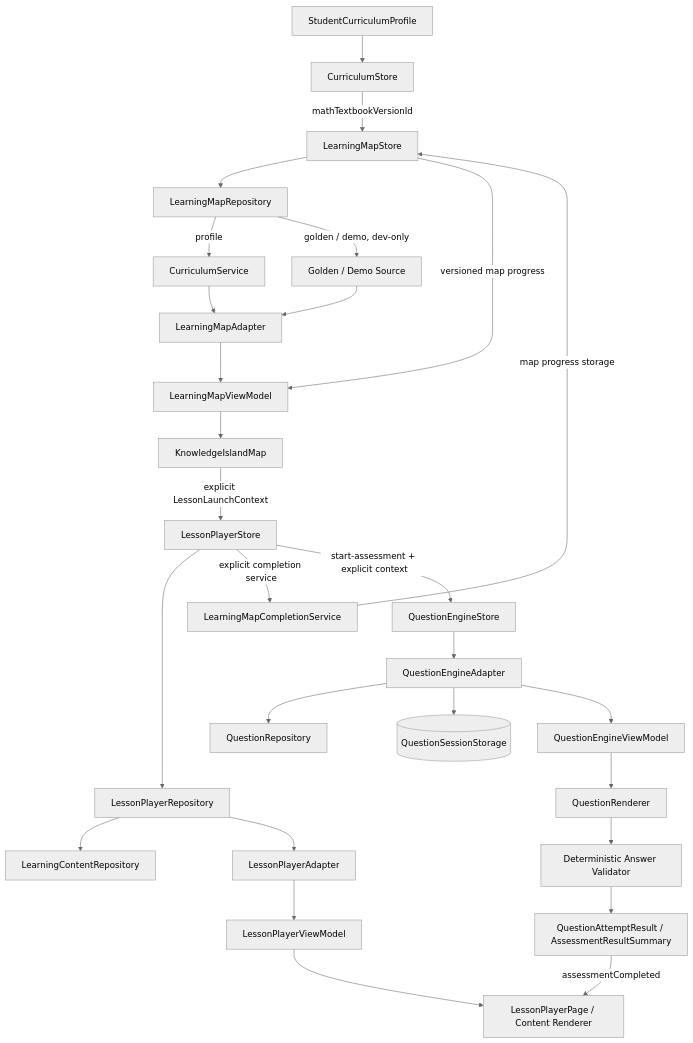
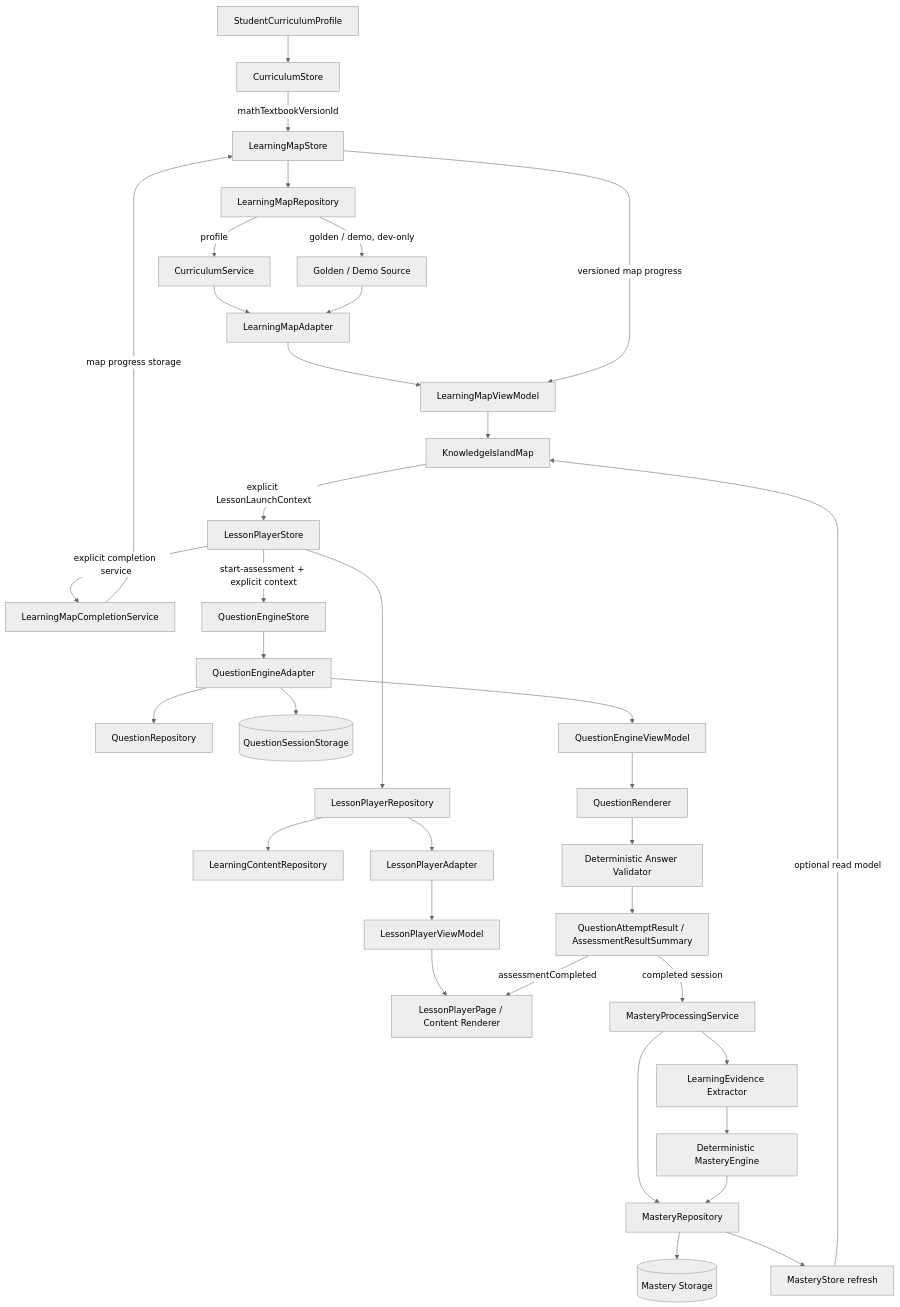
One commit to gaoxinyue623/knowledge-island-learning changed the diagram in ARCHITECTURE.md. Above: the diagram before and after it, drawn with Mermaid (neutral theme). The commit also changed other lines of this file and 57 other files, not shown here.

Commit message:
feat: implement phase 10 mastery model

````diff
--- a/ARCHITECTURE.md
+++ b/ARCHITECTURE.md
@@ -68,30 +73,38 @@
 ```mermaid
 flowchart TD
     P[StudentCurriculumProfile] --> CS[CurriculumStore]
     CS -->|mathTextbookVersionId| LMS[LearningMapStore]
     LMS --> LMR[LearningMapRepository]
     LMR -->|profile| S[CurriculumService]
     LMR -->|golden / demo, dev-only| D[Golden / Demo Source]
     S --> A[LearningMapAdapter]
     D --> A
     A --> VM[LearningMapViewModel]
     VM --> UI[KnowledgeIslandMap]
     LMS -->|versioned map progress| VM
     UI -->|explicit LessonLaunchContext| LPS[LessonPlayerStore]
     LPS --> LPR[LessonPlayerRepository]
     LPR --> LC[LearningContentRepository]
     LPR --> LPA[LessonPlayerAdapter]
     LPA --> LVM[LessonPlayerViewModel]
     LVM --> LUI[LessonPlayerPage / Content Renderer]
     LPS -->|explicit completion service| LCS[LearningMapCompletionService]
     LCS -->|map progress storage| LMS
     LPS -->|start-assessment + explicit context| QES[QuestionEngineStore]
     QES --> QEA[QuestionEngineAdapter]
     QEA --> QR[QuestionRepository]
     QEA --> QSS[(QuestionSessionStorage)]
     QEA --> QVM[QuestionEngineViewModel]
     QVM --> QUI[QuestionRenderer]
     QUI --> QV[Deterministic Answer Validator]
     QV --> QAR[QuestionAttemptResult / AssessmentResultSummary]
     QAR -->|assessmentCompleted| LUI
+    QAR -->|completed session| MPS[MasteryProcessingService]
+    MPS --> EX[LearningEvidence Extractor]
+    EX --> ME[Deterministic MasteryEngine]
+    MPS --> MR[MasteryRepository]
+    MR --> MS[(Mastery Storage)]
+    ME --> MR
+    MR --> MST[MasteryStore refresh]
+    MST -->|optional read model| UI
 ```
````
